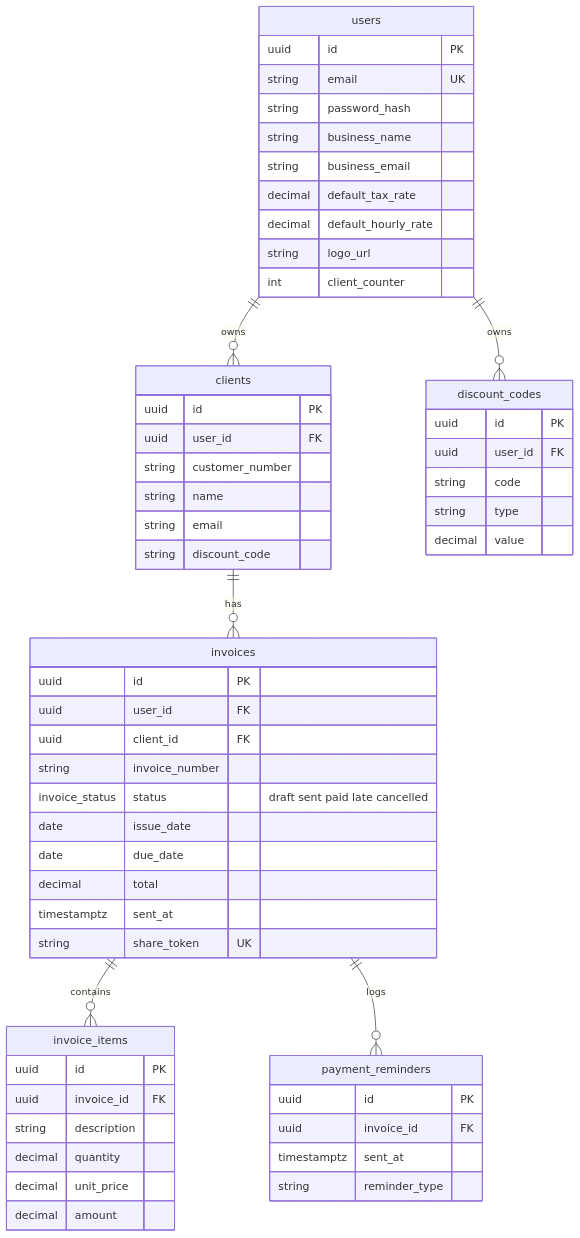
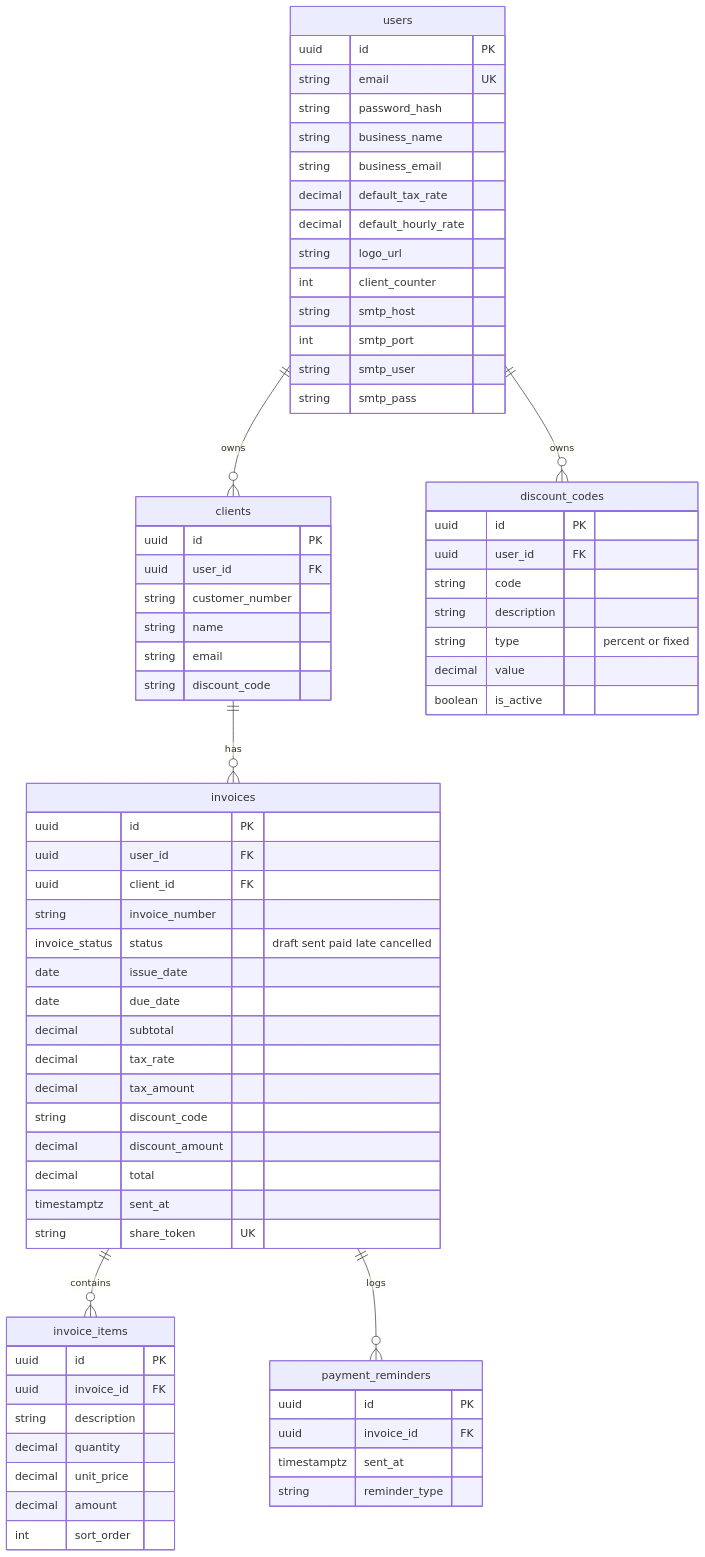
Before and after one commit to becomeonewiththecode/invoicing: the diagram in docs/database/diagram.md, drawn with Mermaid. The commit also changed 12 other files, not shown here.

First line of the commit message:
feat: per-user SMTP settings, test email, tabbed settings page

````diff
--- a/docs/database/diagram.md
+++ b/docs/database/diagram.md
@@ -3,66 +3,78 @@
 ```mermaid
 erDiagram
   users ||--o{ clients : owns
   users ||--o{ discount_codes : owns
   clients ||--o{ invoices : has
   invoices ||--o{ invoice_items : contains
   invoices ||--o{ payment_reminders : logs
 
   users {
     uuid id PK
     string email UK
     string password_hash
     string business_name
     string business_email
     decimal default_tax_rate
     decimal default_hourly_rate
     string logo_url
     int client_counter
+    string smtp_host
+    int smtp_port
+    string smtp_user
+    string smtp_pass
   }
 
   clients {
     uuid id PK
     uuid user_id FK
     string customer_number
     string name
     string email
     string discount_code
   }
 
   invoices {
     uuid id PK
     uuid user_id FK
     uuid client_id FK
     string invoice_number
     invoice_status status "draft sent paid late cancelled"
     date issue_date
     date due_date
+    decimal subtotal
+    decimal tax_rate
+    decimal tax_amount
+    string discount_code
+    decimal discount_amount
     decimal total
     timestamptz sent_at
     string share_token UK
   }
 
   invoice_items {
     uuid id PK
     uuid invoice_id FK
     string description
     decimal quantity
     decimal unit_price
     decimal amount
+    int sort_order
   }
 
   discount_codes {
     uuid id PK
     uuid user_id FK
     string code
-    string type
+    string description
+    string type "percent or fixed"
     decimal value
+    boolean is_active
   }
 
   payment_reminders {
     uuid id PK
     uuid invoice_id FK
     timestamptz sent_at
     string reminder_type
   }
 ```
````
